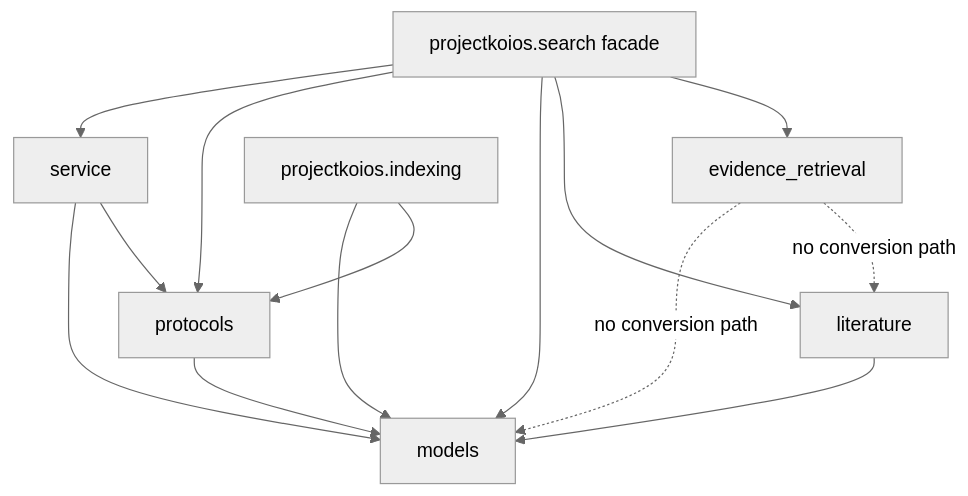
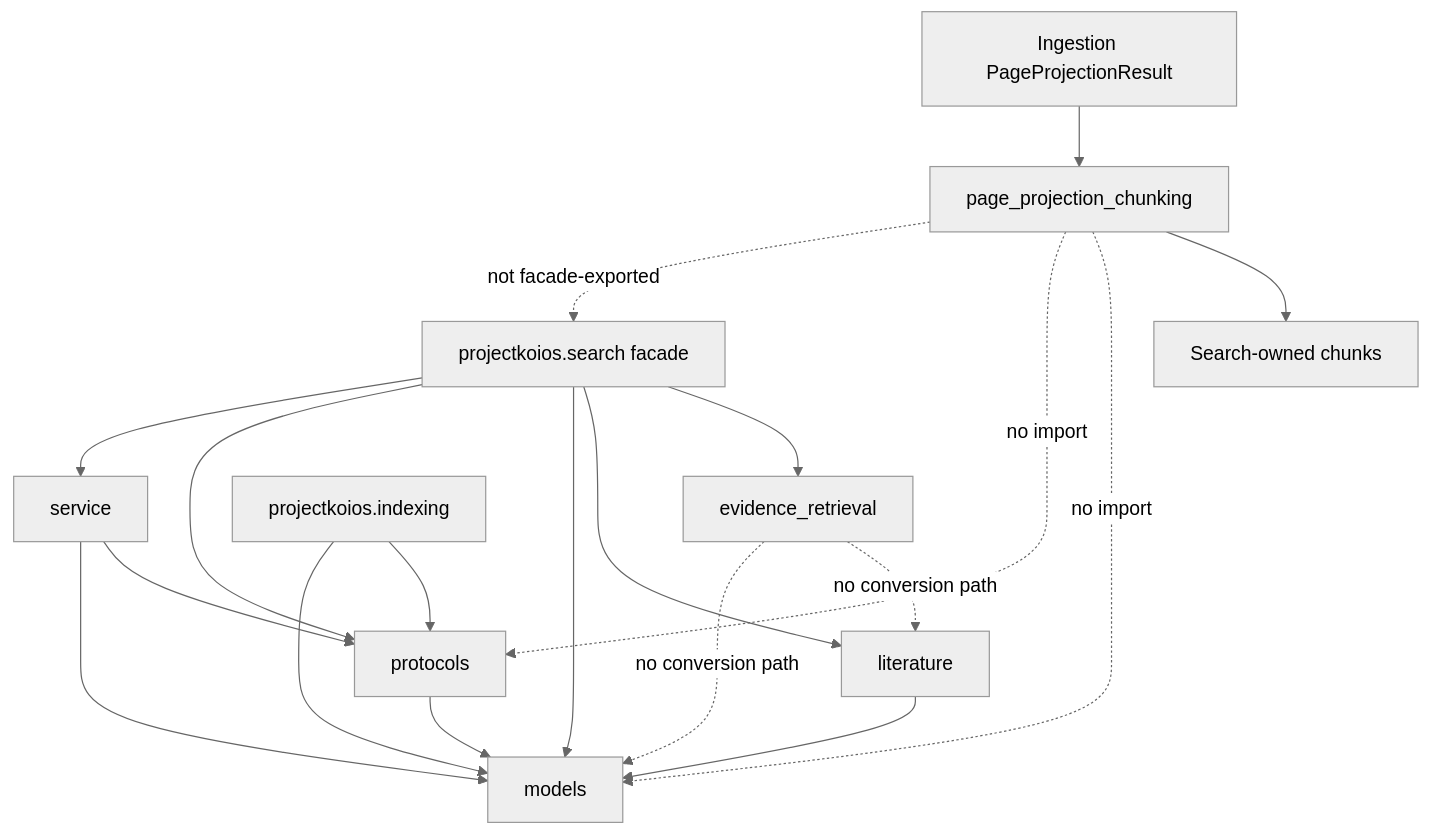
The diagram in docs/architecture/projectkoios/search/schematic.md (eragasa/projectkoios-search), drawn with Mermaid (neutral theme) before and after one commit. The commit also changed other lines of this file and 33 other files, not shown here.

Commit message:
feat(search): derive deterministic page projection chunks

````diff
--- a/docs/architecture/projectkoios/search/schematic.md
+++ b/docs/architecture/projectkoios/search/schematic.md
@@ -3,16 +3,21 @@
 ```mermaid
 flowchart TB
+    Ingestion["Ingestion PageProjectionResult"] --> Chunking["page_projection_chunking"]
+    Chunking --> SearchChunks["Search-owned chunks"]
     Facade["projectkoios.search facade"] --> Evidence["evidence_retrieval"]
     Facade --> Literature["literature"]
     Facade --> Models["models"]
     Facade --> Protocols["protocols"]
     Facade --> Service["service"]
     Literature --> Models
     Protocols --> Models
     Service --> Protocols
     Service --> Models
     Indexing["projectkoios.indexing"] --> Protocols
     Indexing --> Models
     Evidence -. "no conversion path" .-> Literature
     Evidence -. "no conversion path" .-> Models
+    Chunking -. "no import" .-> Models
+    Chunking -. "no import" .-> Protocols
+    Chunking -. "not facade-exported" .-> Facade
 ```
````
